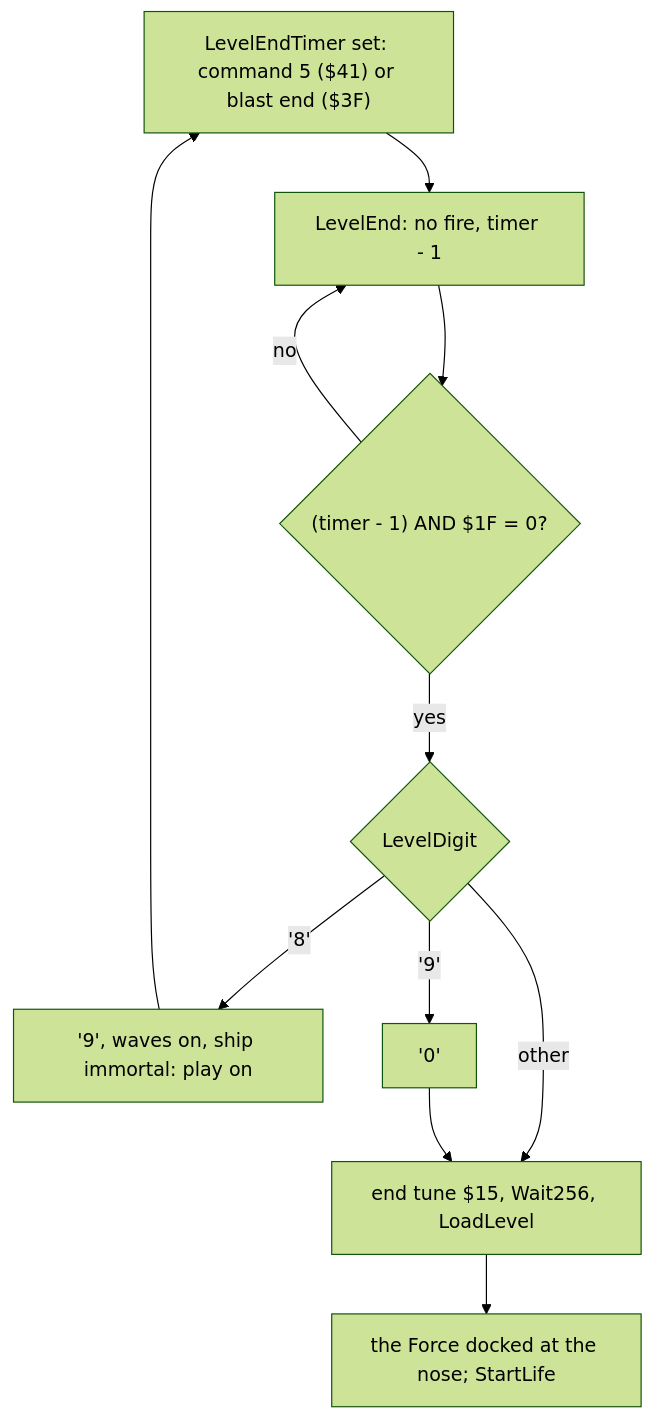
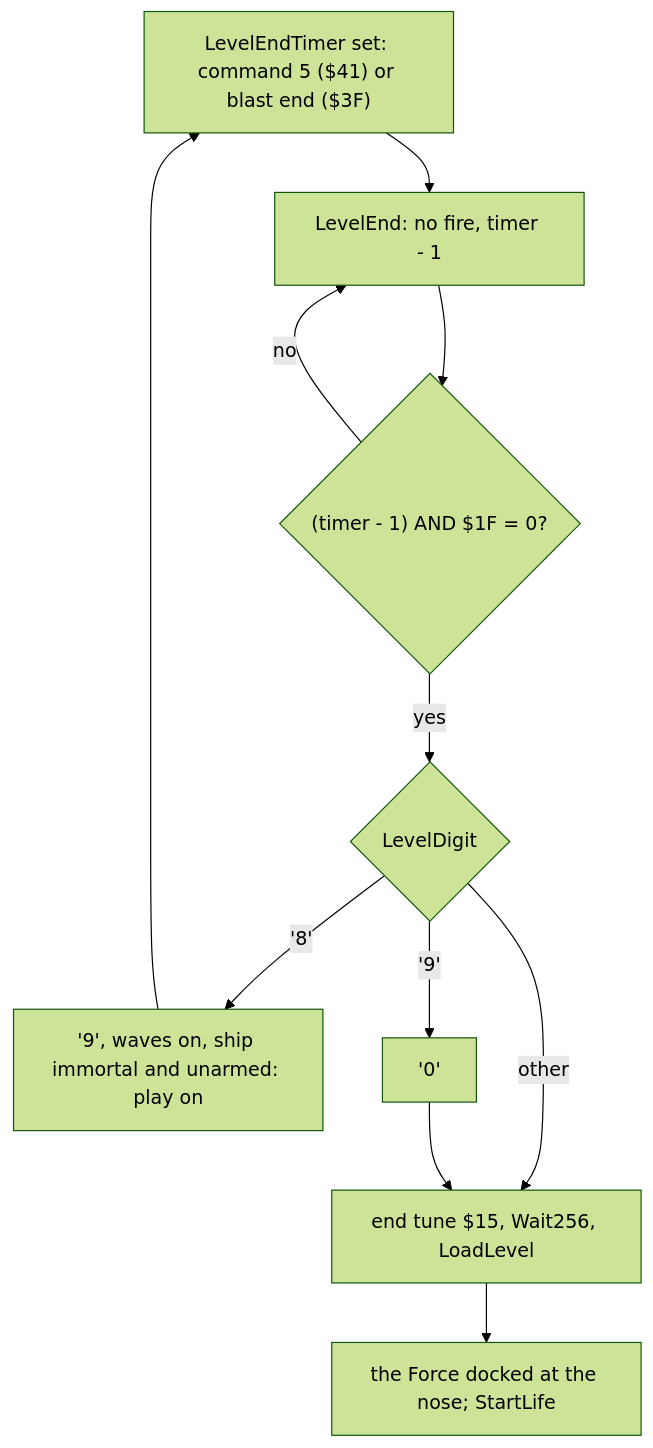
One commit to alfishe/unrealng-reverse-cases changed diagram 14 of 15 in games/r-type/docs/10-gameplay-logic.md. Above: the diagram before and after it, drawn with Mermaid (forest theme). The commit also changed other lines of this file and 22 other files, not shown here.

````diff
--- a/games/r-type/docs/10-gameplay-logic.md
+++ b/games/r-type/docs/10-gameplay-logic.md
@@ -1246,13 +1384,13 @@
 ```mermaid
 flowchart TD
     E["LevelEndTimer set: command 5 ($41) or blast end ($3F)"] --> L["LevelEnd: no fire, timer - 1"]
     L --> Q{"(timer - 1) AND $1F = 0?"}
     Q -- "no" --> L
     Q -- "yes" --> D{"LevelDigit"}
-    D -- "'8'" --> N["'9', waves on, ship immortal: play on"]
+    D -- "'8'" --> N["'9', waves on, ship immortal and unarmed: play on"]
     D -- "'9'" --> Z["'0'"]
     D -- "other" --> R["end tune $15, Wait256, LoadLevel"]
     Z --> R
     R --> S["the Force docked at the nose; StartLife"]
     N --> E
 ```
````
